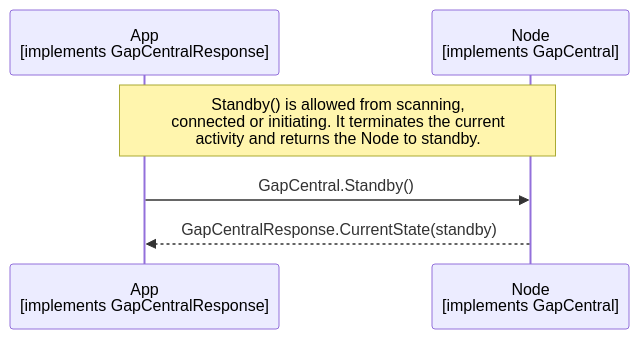
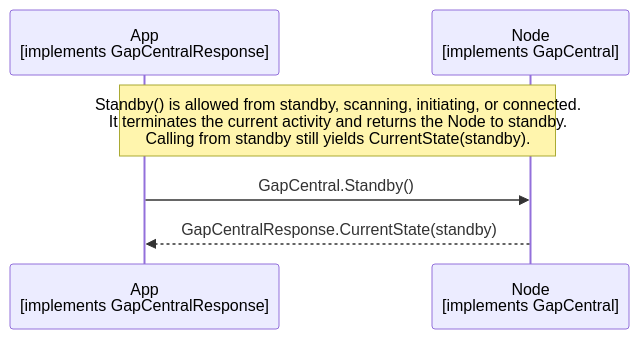
One commit to philips-software/amp-embedded-infra-lib changed the diagram in documents/modules/ROOT/partials/echoservices/gap_central/GapCentral_Standby_sequence.mmd. Above: the diagram before and after it, drawn with Mermaid. The commit also changed 8 other files, not shown here.

```diff
--- a/documents/modules/ROOT/partials/echoservices/gap_central/GapCentral_Standby_sequence.mmd
+++ b/documents/modules/ROOT/partials/echoservices/gap_central/GapCentral_Standby_sequence.mmd
@@ -1,6 +1,6 @@
 sequenceDiagram
     participant App as App<br>[implements GapCentralResponse]
     participant Node as Node<br>[implements GapCentral]
-    Note over App, Node: Standby() is allowed from scanning,<br>connected or initiating. It terminates the current<br>activity and returns the Node to standby.
+    Note over App, Node: Standby() is allowed from standby, scanning, initiating, or connected.<br>It terminates the current activity and returns the Node to standby.<br>Calling from standby still yields CurrentState(standby).
     App->>Node: GapCentral.Standby()
     Node-->>App: GapCentralResponse.CurrentState(standby)
```
